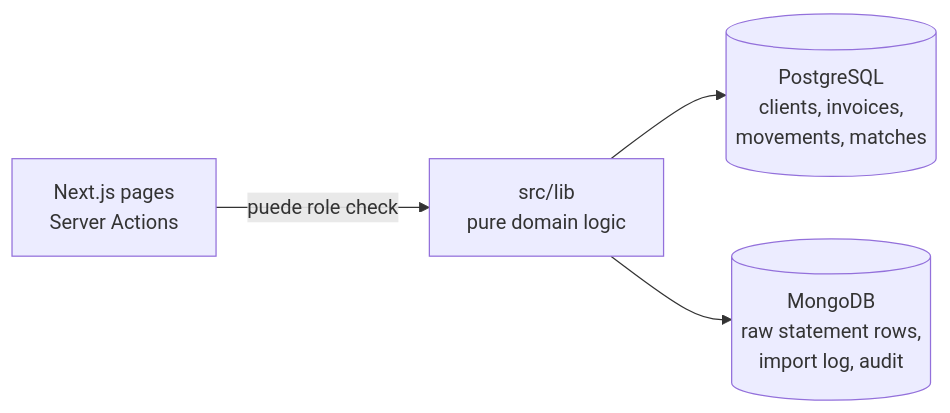
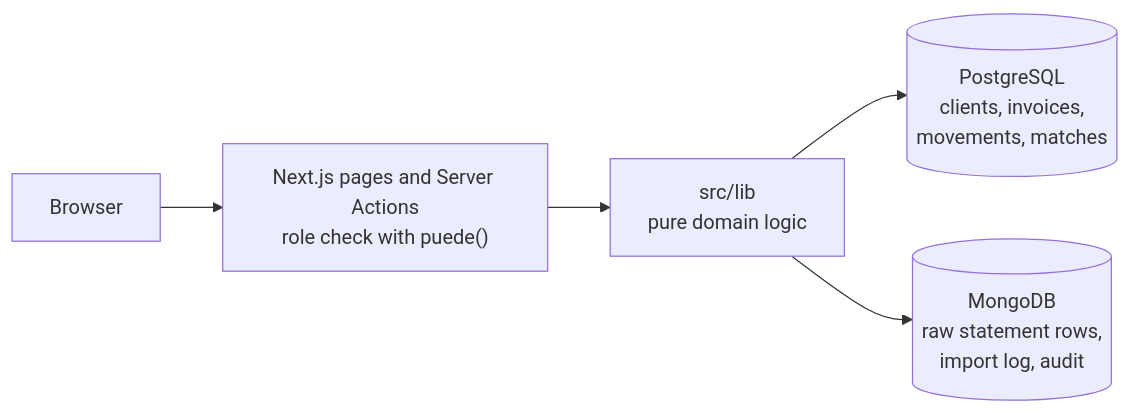
One commit to JPozoAravena/conciliapyme changed the diagram in README.md. Above: the diagram before and after it, drawn with Mermaid. The commit also changed other lines of this file and 1 other file, not shown here.

````diff
--- a/README.md
+++ b/README.md
@@ -37,6 +54,7 @@
 ```mermaid
 flowchart LR
-  UI[Next.js pages<br/>Server Actions] -->|puede role check| L[src/lib<br/>pure domain logic]
-  L --> PG[(PostgreSQL<br/>clients, invoices,<br/>movements, matches)]
-  L --> MG[(MongoDB<br/>raw statement rows,<br/>import log, audit)]
+  B[Browser] --> UI["Next.js pages and Server Actions<br/>role check with puede()"]
+  UI --> L["src/lib<br/>pure domain logic"]
+  L --> PG[("PostgreSQL<br/>clients, invoices,<br/>movements, matches")]
+  L --> MG[("MongoDB<br/>raw statement rows,<br/>import log, audit")]
 ```
````
